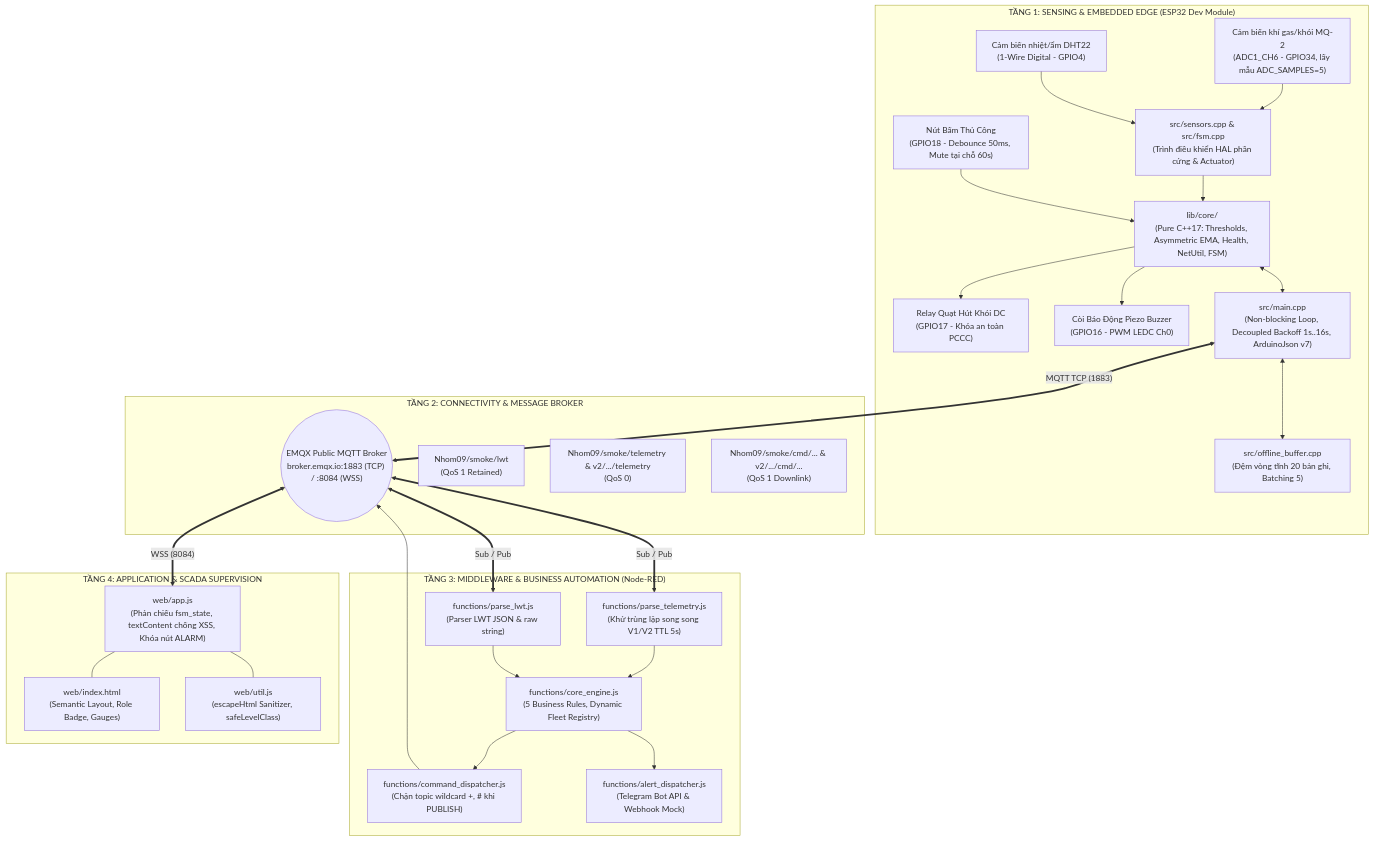
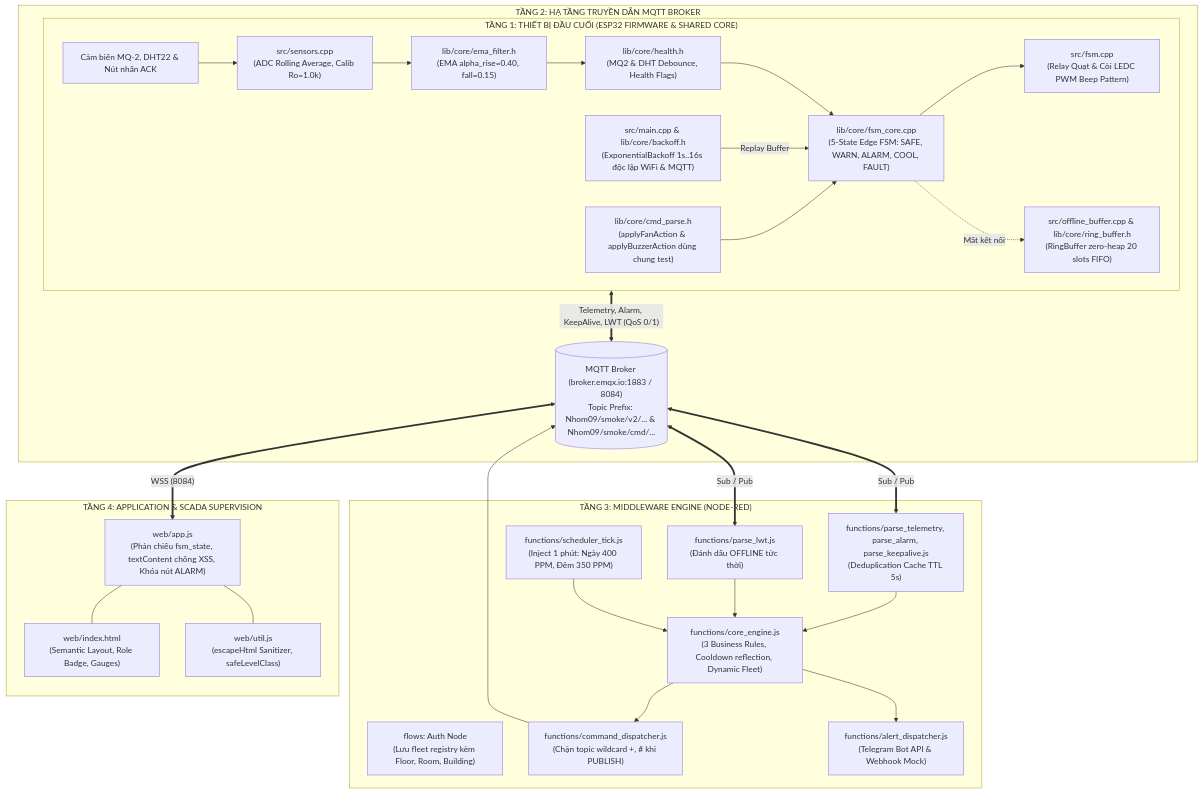
Before and after one commit to NVKhang2802/esp32-mqtt-smoke-alarm: the diagram in PROJECT_CODEBASE.md, drawn with Mermaid. The commit also changed other lines of this file and 12 other files, not shown here.

Commit message:
fix(audit-v5.1): eliminate simulated test logic, share core headers, and enforce source code claim verification

````diff
--- a/PROJECT_CODEBASE.md
+++ b/PROJECT_CODEBASE.md
@@ -28,53 +13,44 @@
 ```mermaid
 flowchart TD
-    subgraph T1["TẦNG 1: SENSING & EMBEDDED EDGE (ESP32 Dev Module)"]
-        MQ2["Cảm biến khí gas/khói MQ-2\n(ADC1_CH6 - GPIO34, lấy mẫu ADC_SAMPLES=5)"]
-        DHT["Cảm biến nhiệt/ẩm DHT22\n(1-Wire Digital - GPIO4)"]
-        FAN["Relay Quạt Hút Khói DC\n(GPIO17 - Khóa an toàn PCCC)"]
-        BUZ["Còi Báo Động Piezo Buzzer\n(GPIO16 - PWM LEDC Ch0)"]
-        BTN["Nút Bấm Thủ Công\n(GPIO18 - Debounce 50ms, Mute tại chỗ 60s)"]
-        
-        CORE_LIB["lib/core/\n(Pure C++17: Thresholds, Asymmetric EMA, Health, NetUtil, FSM)"]
-        FW_HAL["src/sensors.cpp & src/fsm.cpp\n(Trình điều khiển HAL phần cứng & Actuator)"]
-        FW_BUF["src/offline_buffer.cpp\n(Đệm vòng tĩnh 20 bản ghi, Batching 5)"]
-        FW_MAIN["src/main.cpp\n(Non-blocking Loop, Decoupled Backoff 1s..16s, ArduinoJson v7)"]
-
-        MQ2 & DHT --> FW_HAL
-        FW_HAL --> CORE_LIB
-        CORE_LIB <--> FW_MAIN
-        FW_MAIN <--> FW_BUF
-        CORE_LIB --> FAN & BUZ
-        BTN --> CORE_LIB
+    subgraph T1["TẦNG 1: THIẾT BỊ ĐẦU CUỐI (ESP32 FIRMWARE & SHARED CORE)"]
+        HW["Cảm biến MQ-2, DHT22 & Nút nhấn ACK"] --> HAL_SENS["src/sensors.cpp\n(ADC Rolling Average, Calib Ro=1.0k)"]
+        HAL_SENS --> EMA["lib/core/ema_filter.h\n(EMA alpha_rise=0.40, fall=0.15)"]
+        EMA --> HEALTH["lib/core/health.h\n(MQ2 & DHT Debounce, Health Flags)"]
+        HEALTH --> FSM["lib/core/fsm_core.cpp\n(5-State Edge FSM: SAFE, WARN, ALARM, COOL, FAULT)"]
+        FSM --> ACT["src/fsm.cpp\n(Relay Quạt & Còi LEDC PWM Beep Pattern)"]
+        FSM -.->|Mất kết nối| BUF["src/offline_buffer.cpp & lib/core/ring_buffer.h\n(RingBuffer zero-heap 20 slots FIFO)"]
+        NET["src/main.cpp & lib/core/backoff.h\n(ExponentialBackoff 1s..16s độc lập WiFi & MQTT)"] -->|Replay Buffer| FSM
+        CMD_CORE["lib/core/cmd_parse.h\n(applyFanAction & applyBuzzerAction dùng chung test)"] --> FSM
     end
 
-    subgraph T2["TẦNG 2: CONNECTIVITY & MESSAGE BROKER"]
-        BROKER(("EMQX Public MQTT Broker\nbroker.emqx.io:1883 (TCP) / :8084 (WSS)"))
-        LWT_TOPIC["Nhom09/smoke/lwt\n(QoS 1 Retained)"]
-        TELE_TOPIC["Nhom09/smoke/telemetry & v2/.../telemetry\n(QoS 0)"]
-        CMD_TOPIC["Nhom09/smoke/cmd/... & v2/.../cmd/...\n(QoS 1 Downlink)"]
-        FW_MAIN <== "MQTT TCP (1883)" ==> BROKER
+    subgraph T2["TẦNG 2: HẠ TẦNG TRUYỀN DẪN MQTT BROKER"]
+        BROKER[("MQTT Broker (broker.emqx.io:1883 / 8084)\nTopic Prefix: Nhom09/smoke/v2/... & Nhom09/smoke/cmd/...")]
+        T1 <== "Telemetry, Alarm, KeepAlive, LWT (QoS 0/1)" ==> BROKER
     end
 
-    subgraph T3["TẦNG 3: MIDDLEWARE & BUSINESS AUTOMATION (Node-RED)"]
-        NR_DEDUP["functions/parse_telemetry.js\n(Khử trùng lặp song song V1/V2 TTL 5s)"]
-        NR_LWT["functions/parse_lwt.js\n(Parser LWT JSON & raw string)"]
-        NR_ENGINE["functions/core_engine.js\n(5 Business Rules, Dynamic Fleet Registry)"]
+    subgraph T3["TẦNG 3: MIDDLEWARE ENGINE (NODE-RED)"]
+        NR_AUTH["flows: Auth Node\n(Lưu fleet registry kèm Floor, Room, Building)"]
+        NR_DEDUP["functions/parse_telemetry, parse_alarm, parse_keepalive.js\n(Deduplication Cache TTL 5s)"]
+        NR_LWT["functions/parse_lwt.js\n(Đánh dấu OFFLINE tức thời)"]
+        NR_SCHED["functions/scheduler_tick.js\n(Inject 1 phút: Ngày 400 PPM, Đêm 350 PPM)"]
+        NR_ENGINE["functions/core_engine.js\n(3 Business Rules, Cooldown reflection, Dynamic Fleet)"]
         NR_DISP["functions/command_dispatcher.js\n(Chặn topic wildcard +, # khi PUBLISH)"]
         NR_ALERT["functions/alert_dispatcher.js\n(Telegram Bot API & Webhook Mock)"]
         
         BROKER <== "Sub / Pub" ==> NR_DEDUP & NR_LWT
         NR_DEDUP & NR_LWT --> NR_ENGINE
+        NR_SCHED --> NR_ENGINE
         NR_ENGINE --> NR_DISP --> BROKER
         NR_ENGINE --> NR_ALERT
     end
 
     subgraph T4["TẦNG 4: APPLICATION & SCADA SUPERVISION"]
         WEB_HTML["web/index.html\n(Semantic Layout, Role Badge, Gauges)"]
         WEB_UTIL["web/util.js\n(escapeHtml Sanitizer, safeLevelClass)"]
         WEB_APP["web/app.js\n(Phản chiếu fsm_state, textContent chống XSS, Khóa nút ALARM)"]
         
         BROKER <== "WSS (8084)" ==> WEB_APP
         WEB_APP --- WEB_UTIL
         WEB_APP --- WEB_HTML
     end
 ```
````
